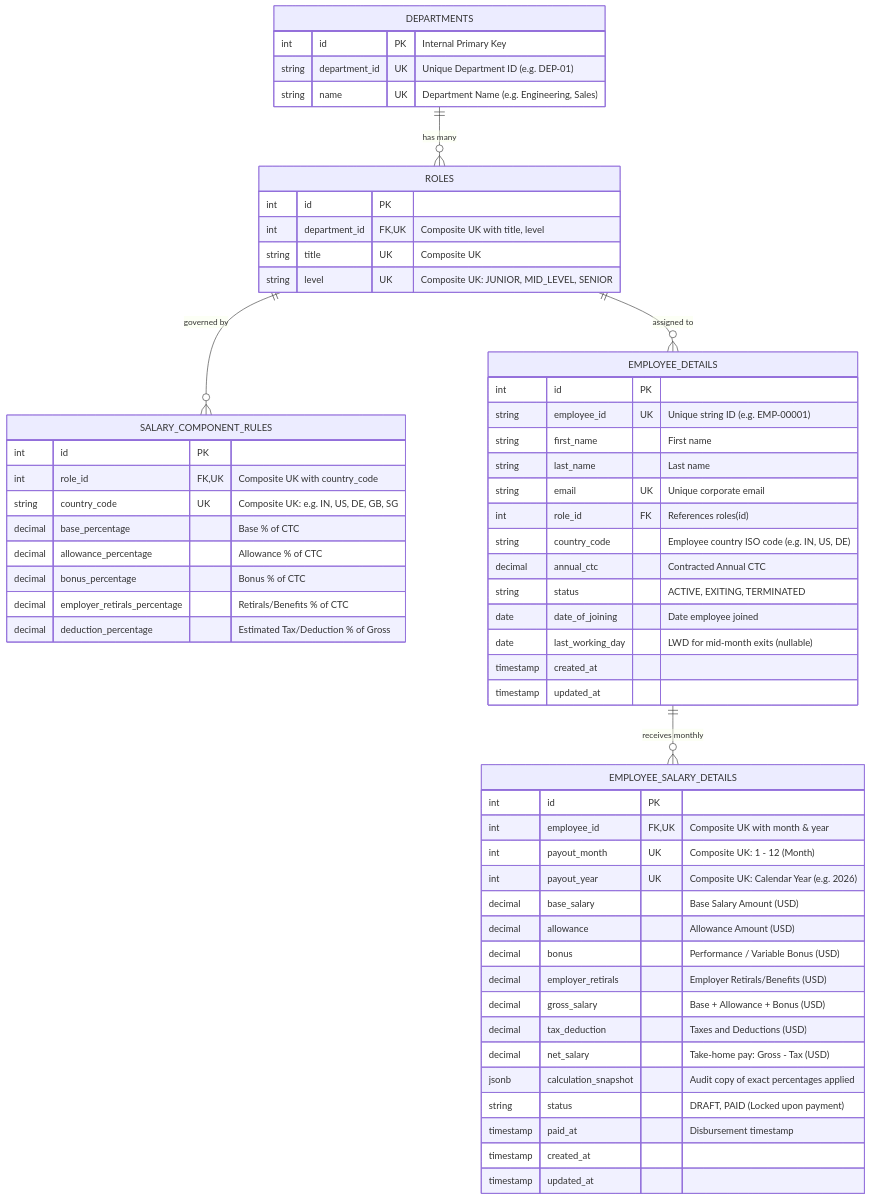
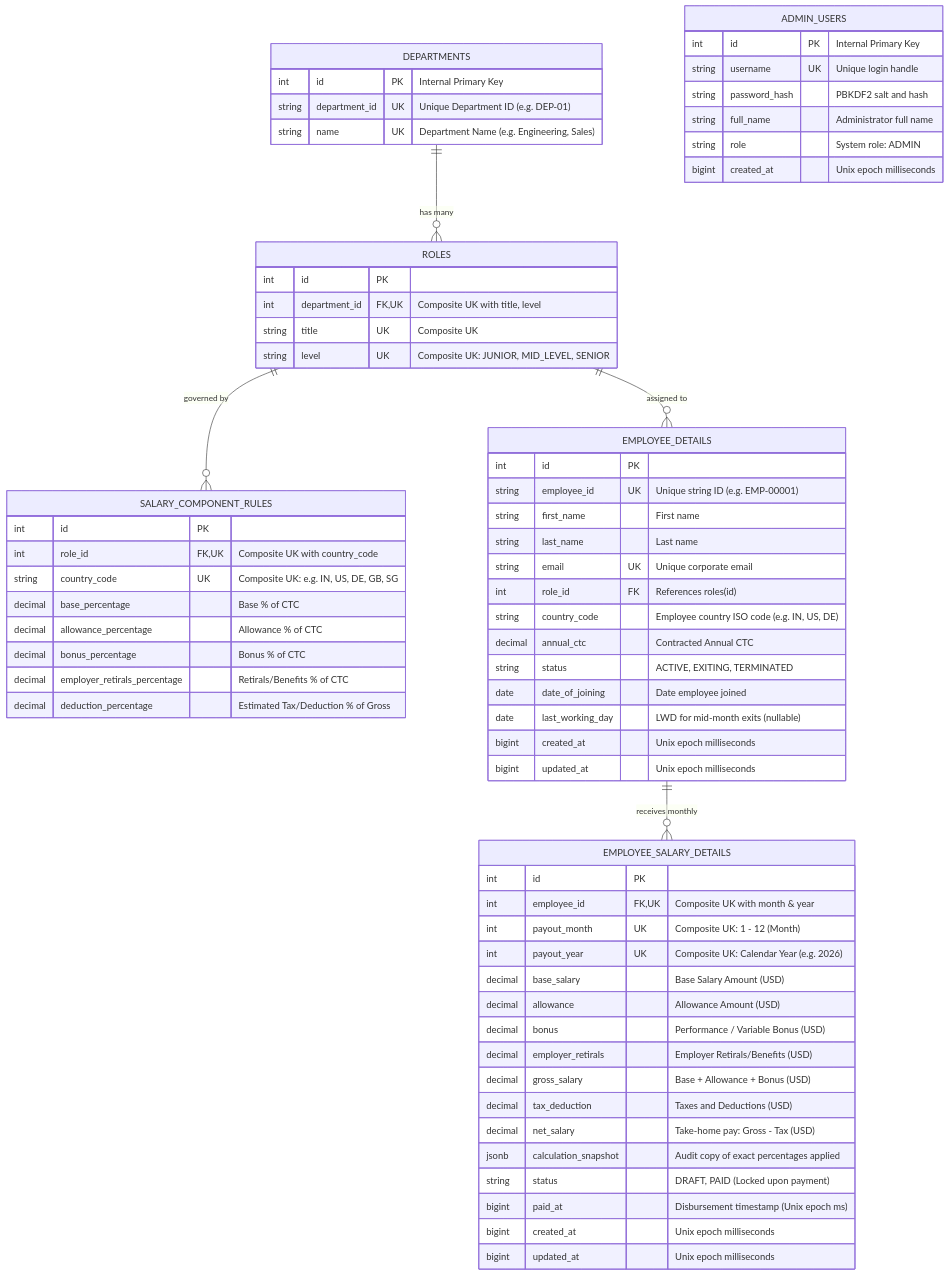
One commit to moumita22/salary-management-system changed the diagram in docs/ER_DIAGRAM.md. Above: the diagram before and after it, drawn with Mermaid. The commit also changed other lines of this file and 19 other files, not shown here.

Commit message:
refactor: standardize epoch milliseconds, refine exit lifecycle sorting and shared proration utilities

````diff
--- a/docs/ER_DIAGRAM.md
+++ b/docs/ER_DIAGRAM.md
@@ -10,66 +10,75 @@
 ```mermaid
 erDiagram
     DEPARTMENTS ||--o{ ROLES : "has many"
     ROLES ||--o{ SALARY_COMPONENT_RULES : "governed by"
     ROLES ||--o{ EMPLOYEE_DETAILS : "assigned to"
     EMPLOYEE_DETAILS ||--o{ EMPLOYEE_SALARY_DETAILS : "receives monthly"
+
+    ADMIN_USERS {
+        int id PK "Internal Primary Key"
+        string username UK "Unique login handle"
+        string password_hash "PBKDF2 salt and hash"
+        string full_name "Administrator full name"
+        string role "System role: ADMIN"
+        bigint created_at "Unix epoch milliseconds"
+    }
 
     DEPARTMENTS {
         int id PK "Internal Primary Key"
         string department_id UK "Unique Department ID (e.g. DEP-01)"
         string name UK "Department Name (e.g. Engineering, Sales)"
     }
 
     ROLES {
         int id PK
         int department_id FK, UK "Composite UK with title, level"
         string title UK "Composite UK"
         string level UK "Composite UK: JUNIOR, MID_LEVEL, SENIOR"
     }
 
     SALARY_COMPONENT_RULES {
         int id PK
         int role_id FK, UK "Composite UK with country_code"
         string country_code UK "Composite UK: e.g. IN, US, DE, GB, SG"
         decimal base_percentage "Base % of CTC"
         decimal allowance_percentage "Allowance % of CTC"
         decimal bonus_percentage "Bonus % of CTC"
         decimal employer_retirals_percentage "Retirals/Benefits % of CTC"
         decimal deduction_percentage "Estimated Tax/Deduction % of Gross"
     }
 
     EMPLOYEE_DETAILS {
         int id PK
         string employee_id UK "Unique string ID (e.g. EMP-00001)"
         string first_name "First name"
         string last_name "Last name"
         string email UK "Unique corporate email"
         int role_id FK "References roles(id)"
         string country_code "Employee country ISO code (e.g. IN, US, DE)"
         decimal annual_ctc "Contracted Annual CTC"
         string status "ACTIVE, EXITING, TERMINATED"
         date date_of_joining "Date employee joined"
         date last_working_day "LWD for mid-month exits (nullable)"
-        timestamp created_at
-        timestamp updated_at
+        bigint created_at "Unix epoch milliseconds"
+        bigint updated_at "Unix epoch milliseconds"
     }
 
     EMPLOYEE_SALARY_DETAILS {
         int id PK
         int employee_id FK, UK "Composite UK with month & year"
         int payout_month UK "Composite UK: 1 - 12 (Month)"
         int payout_year UK "Composite UK: Calendar Year (e.g. 2026)"
         decimal base_salary "Base Salary Amount (USD)"
         decimal allowance "Allowance Amount (USD)"
         decimal bonus "Performance / Variable Bonus (USD)"
         decimal employer_retirals "Employer Retirals/Benefits (USD)"
         decimal gross_salary "Base + Allowance + Bonus (USD)"
         decimal tax_deduction "Taxes and Deductions (USD)"
         decimal net_salary "Take-home pay: Gross - Tax (USD)"
         jsonb calculation_snapshot "Audit copy of exact percentages applied"
         string status "DRAFT, PAID (Locked upon payment)"
-        timestamp paid_at "Disbursement timestamp"
-        timestamp created_at
-        timestamp updated_at
+        bigint paid_at "Disbursement timestamp (Unix epoch ms)"
+        bigint created_at "Unix epoch milliseconds"
+        bigint updated_at "Unix epoch milliseconds"
     }
 ```
````
